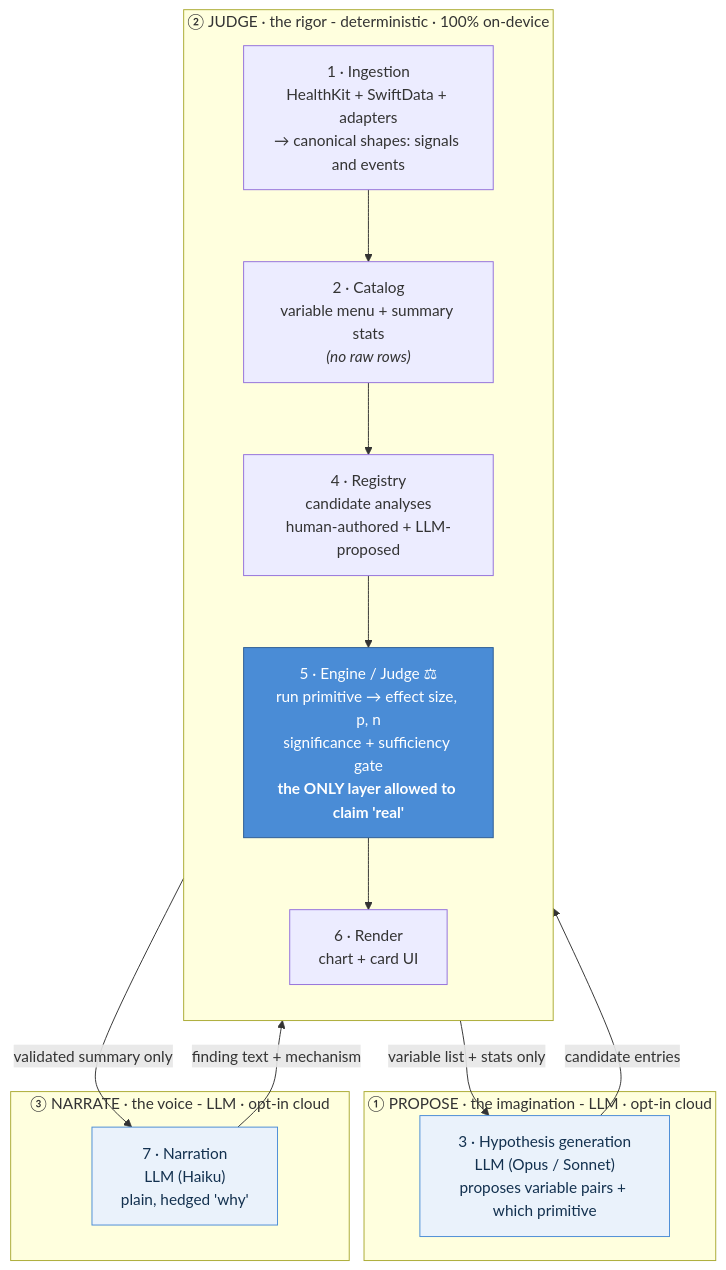
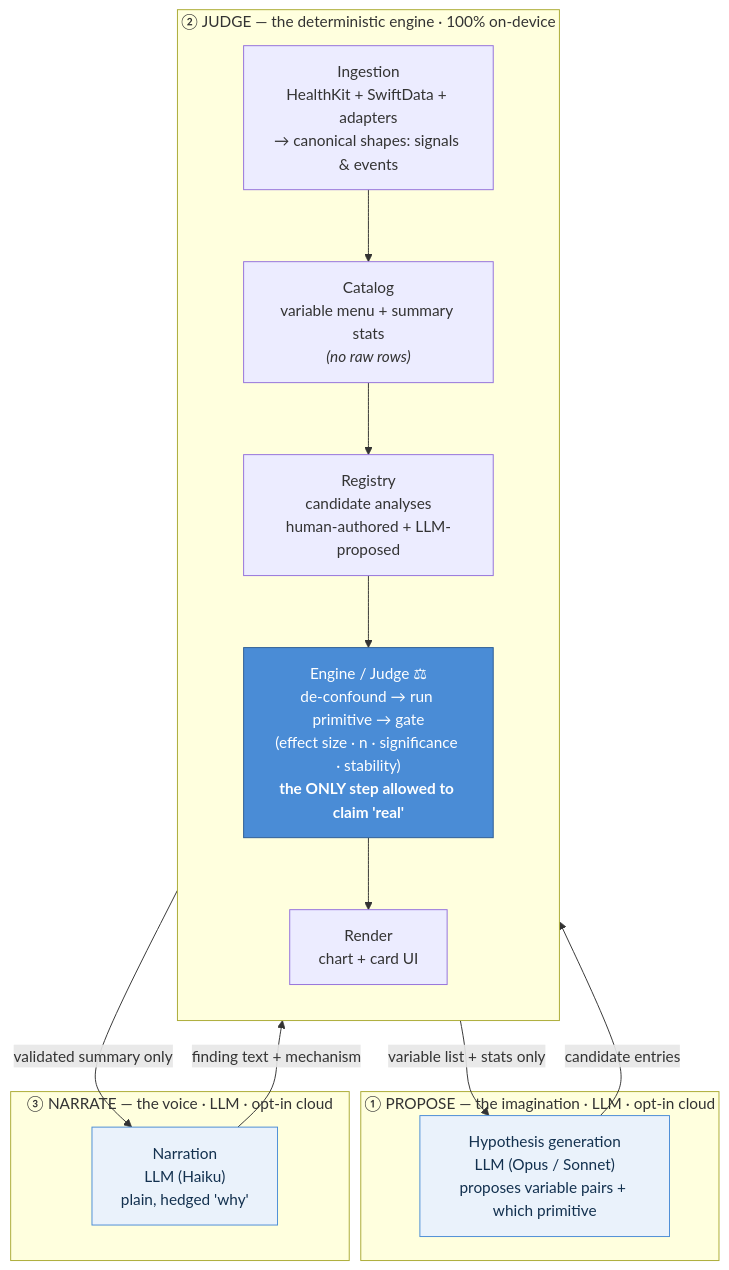
Before and after one commit to bhavbhasin/pd-companion: the first of 2 diagrams in docs/intelligence-architecture.md, drawn with Mermaid. The commit also changed other lines of this file and 5 other files, not shown here.

````diff
--- a/docs/intelligence-architecture.md
+++ b/docs/intelligence-architecture.md
@@ -24,30 +24,30 @@
 ```mermaid
 flowchart TB
-  subgraph L1["① PROPOSE · the imagination  -  LLM · opt-in cloud"]
-    H["3 · Hypothesis generation<br/>LLM (Opus / Sonnet)<br/>proposes variable pairs + which primitive"]
+  subgraph L1["① PROPOSE — the imagination · LLM · opt-in cloud"]
+    H["Hypothesis generation<br/>LLM (Opus / Sonnet)<br/>proposes variable pairs + which primitive"]
   end
 
-  subgraph L2["② JUDGE · the rigor  -  deterministic · 100% on-device"]
+  subgraph L2["② JUDGE — the deterministic engine · 100% on-device"]
     direction TB
-    I["1 · Ingestion<br/>HealthKit + SwiftData + adapters<br/>→ canonical shapes: signals and events"]
-    C["2 · Catalog<br/>variable menu + summary stats<br/><i>(no raw rows)</i>"]
-    R["4 · Registry<br/>candidate analyses<br/>human-authored + LLM-proposed"]
-    J["5 · Engine / Judge ⚖<br/>run primitive → effect size, p, n<br/>significance + sufficiency gate<br/><b>the ONLY layer allowed to claim 'real'</b>"]
-    V["6 · Render<br/>chart + card UI"]
+    I["Ingestion<br/>HealthKit + SwiftData + adapters<br/>→ canonical shapes: signals & events"]
+    C["Catalog<br/>variable menu + summary stats<br/><i>(no raw rows)</i>"]
+    R["Registry<br/>candidate analyses<br/>human-authored + LLM-proposed"]
+    J["Engine / Judge ⚖<br/>de-confound → run primitive → gate<br/>(effect size · n · significance · stability)<br/><b>the ONLY step allowed to claim 'real'</b>"]
+    V["Render<br/>chart + card UI"]
     I --> C --> R --> J --> V
   end
 
-  subgraph L3["③ NARRATE · the voice  -  LLM · opt-in cloud"]
-    N["7 · Narration<br/>LLM (Haiku)<br/>plain, hedged 'why'"]
+  subgraph L3["③ NARRATE — the voice · LLM · opt-in cloud"]
+    N["Narration<br/>LLM (Haiku)<br/>plain, hedged 'why'"]
   end
 
   C -- "variable list + stats only" --> H
   H -- "candidate entries" --> R
   J -- "validated summary only" --> N
   N -- "finding text + mechanism" --> V
 
   classDef llm fill:#eaf2fb,stroke:#4A8CD6,color:#13314f;
   classDef judge fill:#4A8CD6,stroke:#2c5d94,color:#fff;
   class H,N llm;
   class J judge;
 ```
````
